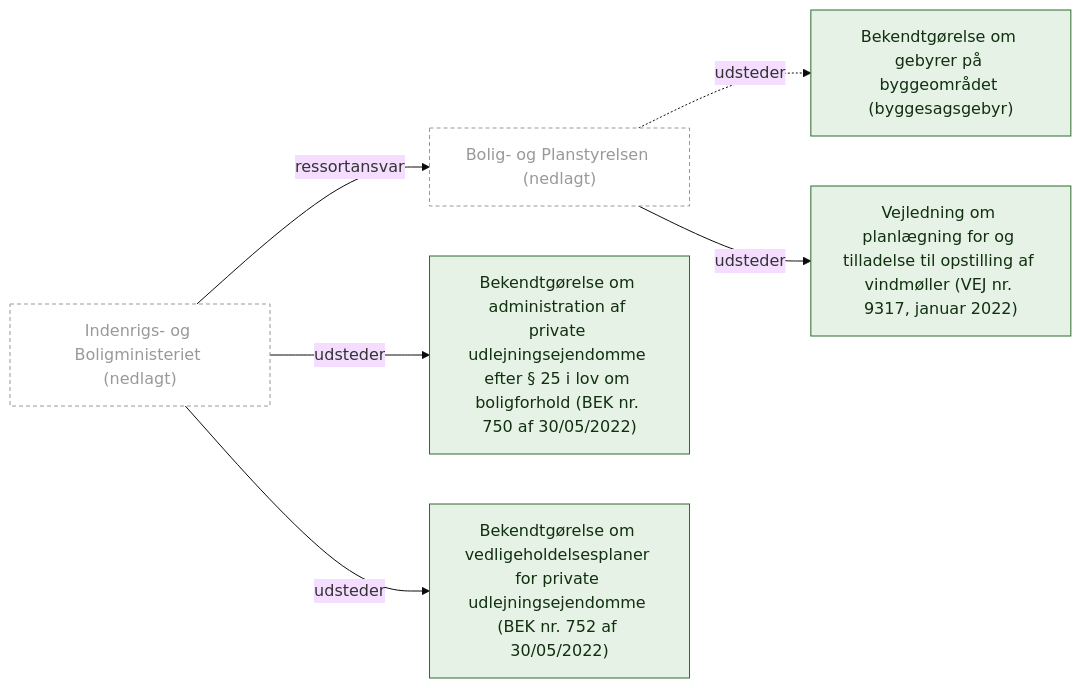
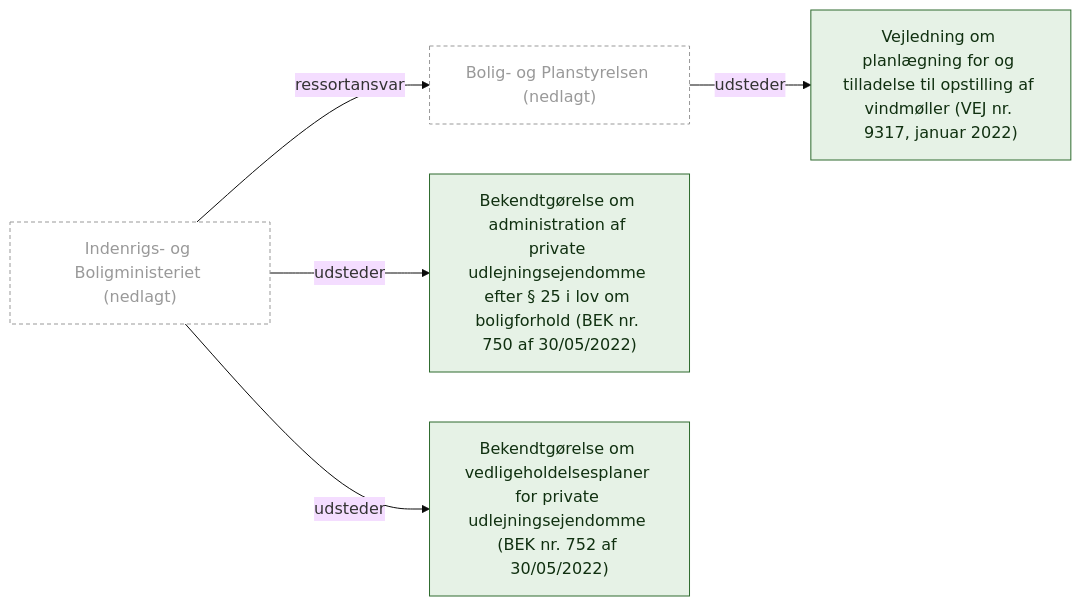
Before and after one commit to jakob1379/br18: the diagram in legoleze/dk-regulering/diagrammer/min-indenrigs-og-bolig.md, drawn with Mermaid (base theme). The commit also changed other lines of this file and 40 other files, not shown here.

````diff
--- a/legoleze/dk-regulering/diagrammer/min-indenrigs-og-bolig.md
+++ b/legoleze/dk-regulering/diagrammer/min-indenrigs-og-bolig.md
@@ -8,21 +8,19 @@
 ```mermaid
 flowchart LR
     classDef ministerium fill:#1f3a5f,stroke:#0d1b2a,color:#fff
     classDef instans fill:#d7e3f4,stroke:#1f3a5f,color:#0d1b2a
     classDef klage fill:#f6dcc2,stroke:#8a4b08,color:#3b1f00
     classDef retsakt fill:#e6f2e6,stroke:#2e6b2e,color:#103010
     classDef eu fill:#fff3b0,stroke:#7a6a00,color:#333
     classDef kilde fill:#eee,stroke:#666,color:#222
     classDef nedlagt fill:#fff,stroke:#999,color:#999,stroke-dasharray:4 3
     min_indenrigs_og_bolig["Indenrigs- og Boligministeriet (nedlagt)"]:::nedlagt
     sty_bolig_og_planstyrelsen["Bolig- og Planstyrelsen (nedlagt)"]:::nedlagt
     bek_administration_private_udlejningsejendomme["Bekendtgørelse om administration af private udlejningsejendomme efter § 25 i lov om boligforhold (BEK nr. 750 af 30/05/2022)"]:::retsakt
-    bek_byggesagsgebyr["Bekendtgørelse om gebyrer på byggeområdet (byggesagsgebyr)"]:::retsakt
     bek_vedligeholdelsesplaner["Bekendtgørelse om vedligeholdelsesplaner for private udlejningsejendomme (BEK nr. 752 af 30/05/2022)"]:::retsakt
     vejl_vindmoeller["Vejledning om planlægning for og tilladelse til opstilling af vindmøller (VEJ nr. 9317, januar 2022)"]:::retsakt
     min_indenrigs_og_bolig -->|ressortansvar| sty_bolig_og_planstyrelsen
     min_indenrigs_og_bolig -->|udsteder| bek_administration_private_udlejningsejendomme
     min_indenrigs_og_bolig -->|udsteder| bek_vedligeholdelsesplaner
-    sty_bolig_og_planstyrelsen -.->|udsteder| bek_byggesagsgebyr
     sty_bolig_og_planstyrelsen -->|udsteder| vejl_vindmoeller
 ```
````
